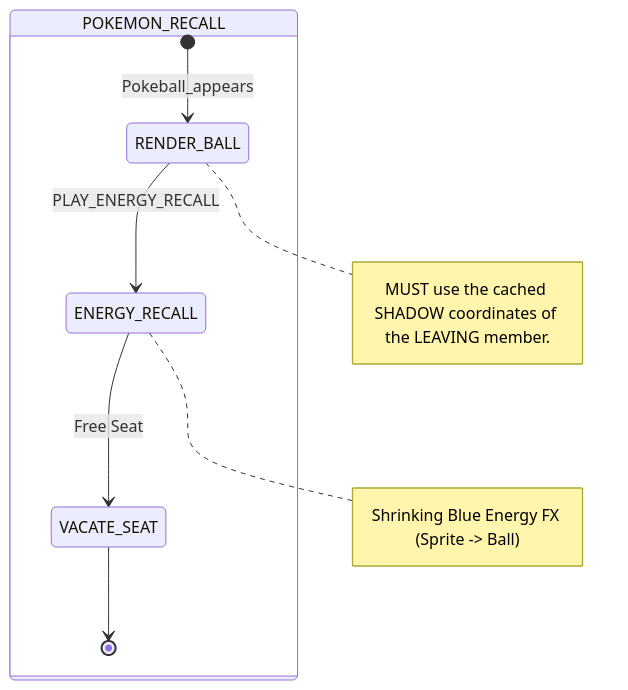
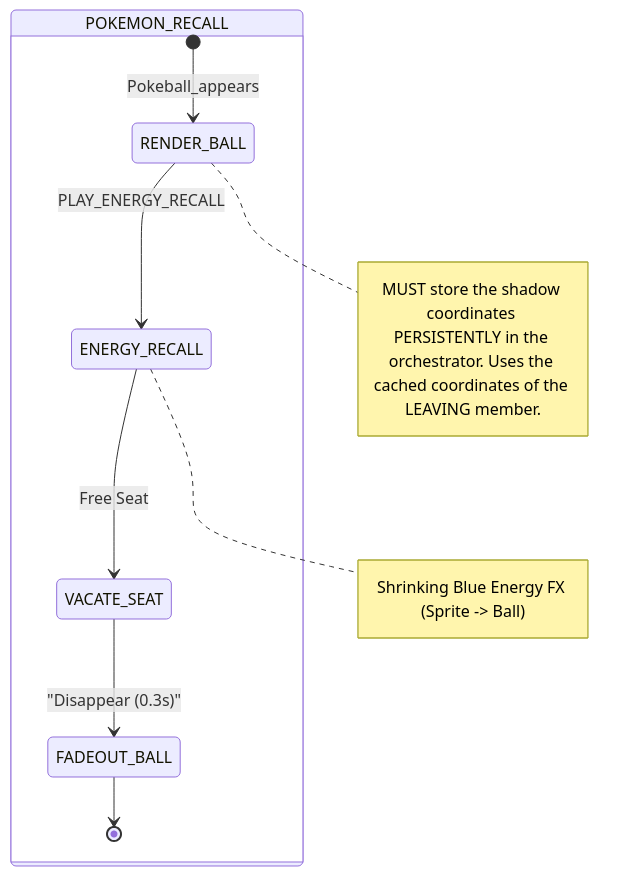
Before and after one commit to Darkham77/PokeBorrador: diagram 14 of 18 in .agents/skills/project-standards/references/battle/battle_mechanics_manual.md, drawn with Mermaid. The commit also changed other lines of this file and 21 other files, not shown here.

````diff
--- a/.agents/skills/project-standards/references/battle/battle_mechanics_manual.md
+++ b/.agents/skills/project-standards/references/battle/battle_mechanics_manual.md
@@ -757,12 +770,13 @@
 ```mermaid
 stateDiagram-v2
     state POKEMON_RECALL {
         [*] --> RENDER_BALL: Pokeball_appears
         RENDER_BALL --> ENERGY_RECALL: PLAY_ENERGY_RECALL
         ENERGY_RECALL --> VACATE_SEAT: Free Seat
-        VACATE_SEAT --> [*]
+        VACATE_SEAT --> FADEOUT_BALL: "Disappear (0.3s)"
+        FADEOUT_BALL --> [*]
         
-        note right of RENDER_BALL: MUST use the cached SHADOW coordinates of the LEAVING member.
+        note right of RENDER_BALL: MUST store the shadow coordinates PERSISTENTLY in the orchestrator. Uses the cached coordinates of the LEAVING member.
         note right of ENERGY_RECALL: Shrinking Blue Energy FX (Sprite -> Ball)
     }
 ```
````
